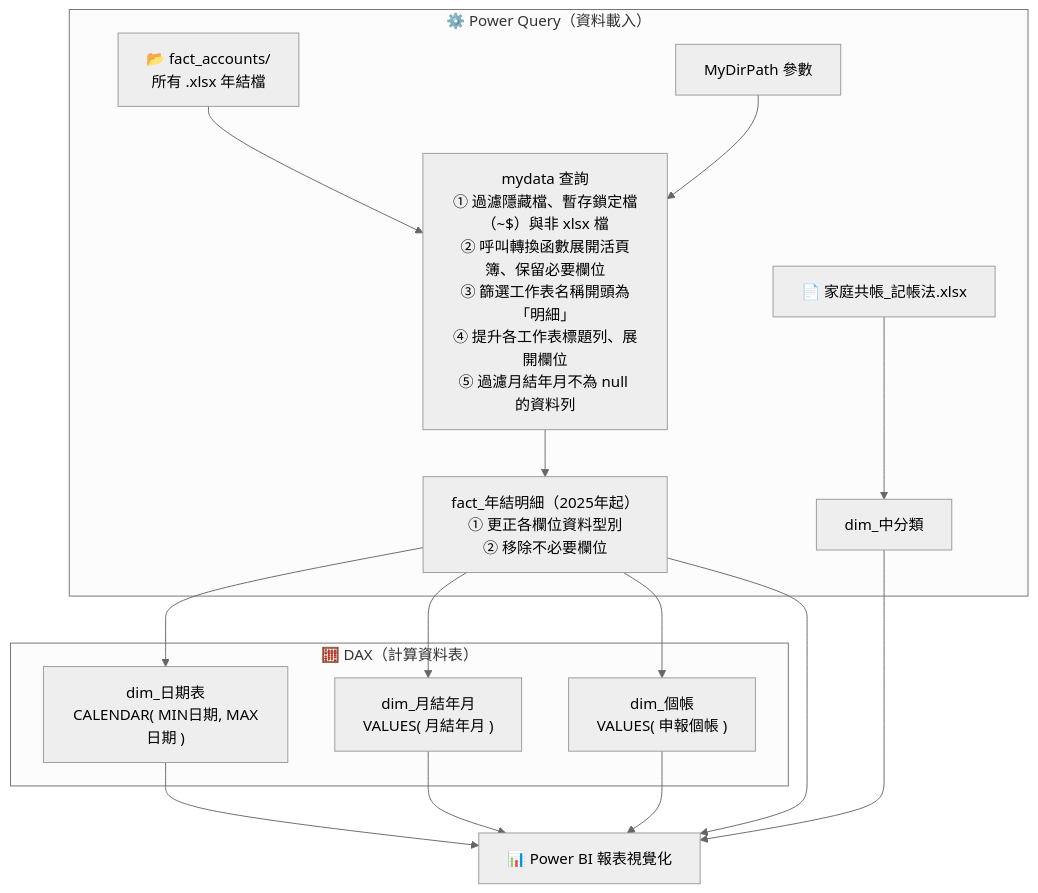
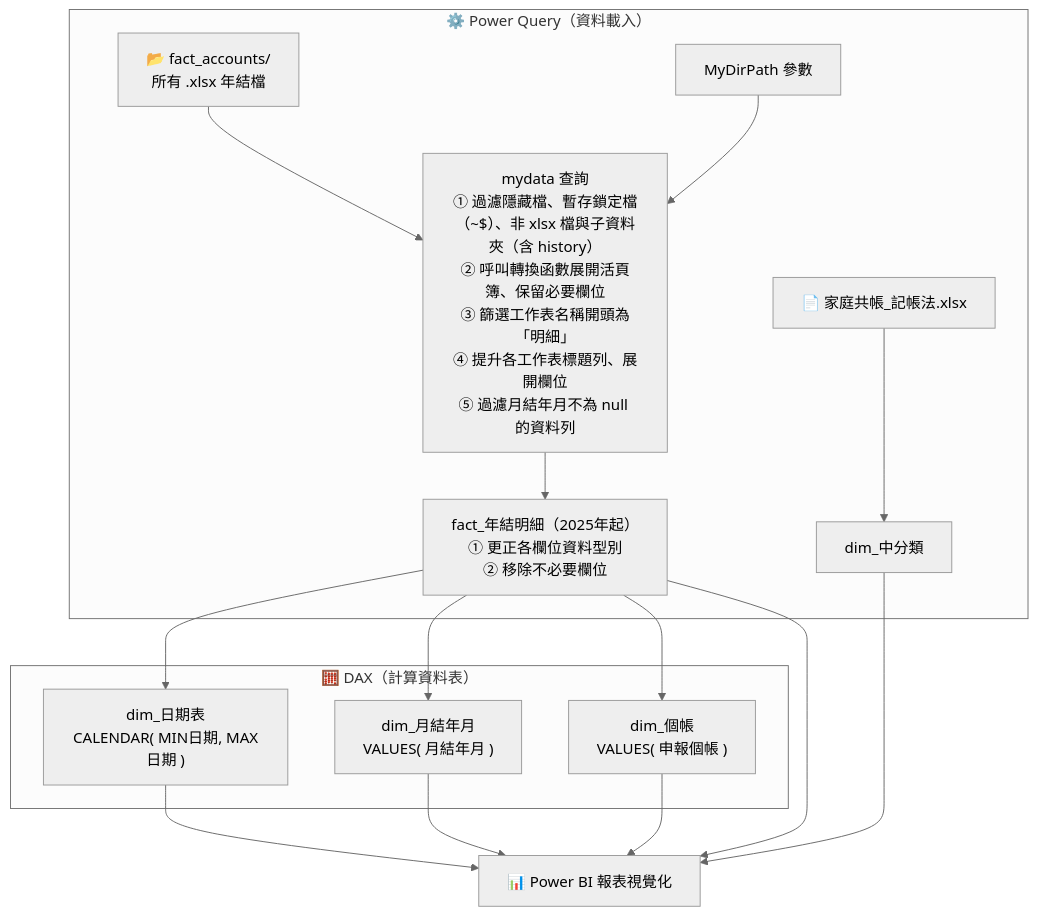
Before and after one commit to RogerRJSiao/BI: the first of 2 diagrams in BI_design/README_finance.md, drawn with Mermaid (neutral theme). The commit also changed other lines of this file, not shown here.

Commit message:
docs(BI-finance): exclude subfolders from mydata source filter

````diff
--- a/BI_design/README_finance.md
+++ b/BI_design/README_finance.md
@@ -63,22 +63,22 @@
 ```mermaid
 flowchart TD
     subgraph PQ["⚙️ Power Query（資料載入）"]
         A["📂 fact_accounts/\n所有 .xlsx 年結檔"] --> M
         B["MyDirPath 參數"] --> M
         C["📄 家庭共帳_記帳法.xlsx"] --> D["dim_中分類"]
-        M["mydata 查詢\n① 過濾隱藏檔、暫存鎖定檔（~$）與非 xlsx 檔\n② 呼叫轉換函數展開活頁簿、保留必要欄位\n③ 篩選工作表名稱開頭為「明細」\n④ 提升各工作表標題列、展開欄位\n⑤ 過濾月結年月不為 null 的資料列"] --> F
+        M["mydata 查詢\n① 過濾隱藏檔、暫存鎖定檔（~$）、非 xlsx 檔與子資料夾（含 history）\n② 呼叫轉換函數展開活頁簿、保留必要欄位\n③ 篩選工作表名稱開頭為「明細」\n④ 提升各工作表標題列、展開欄位\n⑤ 過濾月結年月不為 null 的資料列"] --> F
         F["fact_年結明細（2025年起）\n① 更正各欄位資料型別\n② 移除不必要欄位"]
     end
 
     subgraph DAX["🧮 DAX（計算資料表）"]
         F --> DA["dim_日期表\nCALENDAR( MIN日期, MAX日期 )"]
         F --> DB["dim_月結年月\nVALUES( 月結年月 )"]
         F --> DC["dim_個帳\nVALUES( 申報個帳 )"]
     end
 
     F  --> G["📊 Power BI 報表視覺化"]
     D  --> G
     DA --> G
     DB --> G
     DC --> G
 ```
````
